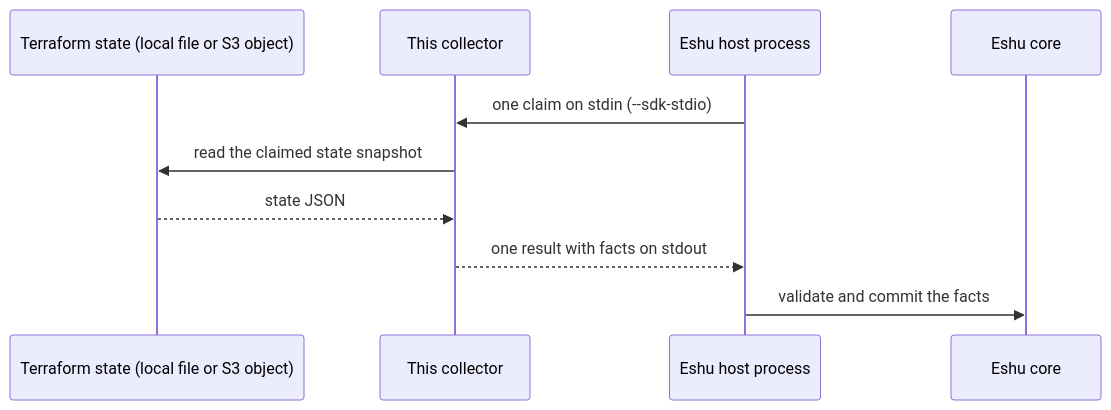
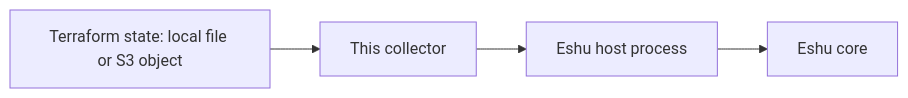
Before and after one commit to eshu-hq/eshu-collector-terraform-state: the diagram in README.md, drawn with Mermaid. The commit also changed other lines of this file and 14 other files, not shown here.

````diff
--- a/README.md
+++ b/README.md
@@ -48,12 +14,6 @@
 ```mermaid
-sequenceDiagram
-    participant S as Terraform state (local file or S3 object)
-    participant C as This collector
-    participant H as Eshu host process
-    participant E as Eshu core
-    H->>C: one claim on stdin (--sdk-stdio)
-    C->>S: read the claimed state snapshot
-    S-->>C: state JSON
-    C-->>H: one result with facts on stdout
-    H->>E: validate and commit the facts
+flowchart LR
+    S[Terraform state: local file or S3 object] --> C[This collector]
+    C --> H[Eshu host process]
+    H --> E[Eshu core]
 ```
````
